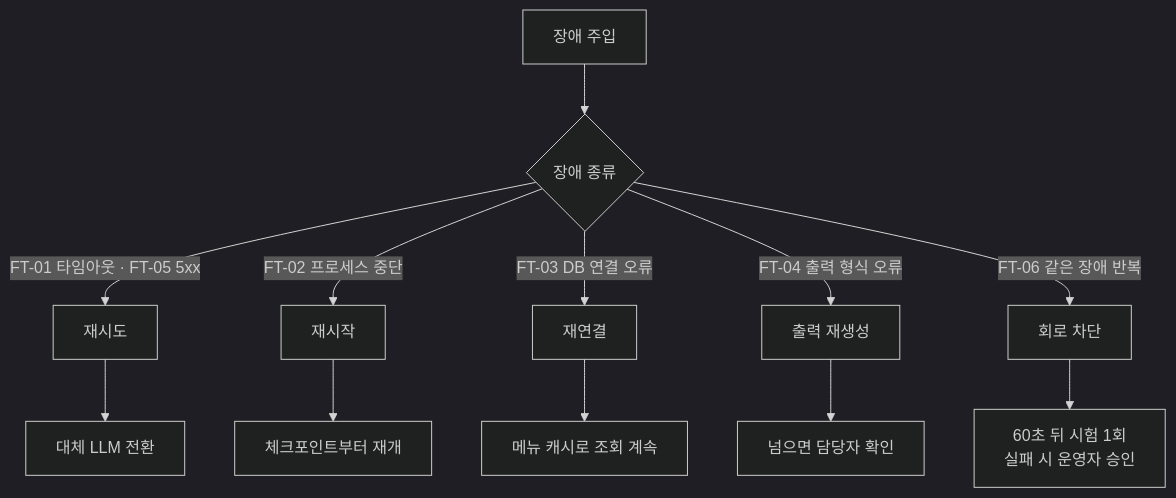
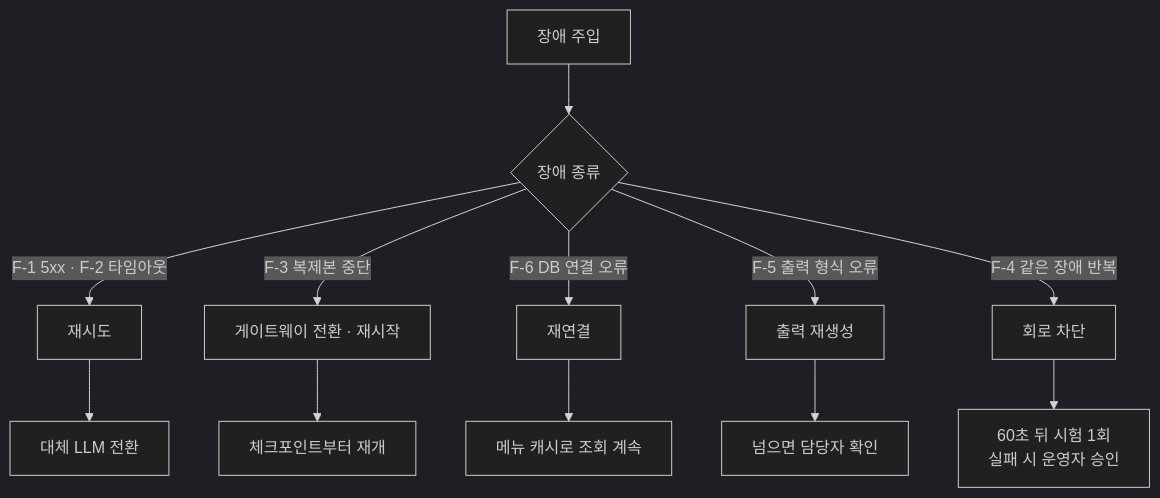
Before and after one commit to 931njhthe-star/moa: the sixth of 8 diagrams in docs/기획서.md, drawn with Mermaid (dark theme). The commit also changed other lines of this file and 1 other file, not shown here.

````diff
--- a/docs/기획서.md
+++ b/docs/기획서.md
@@ -205,9 +240,9 @@
 ```mermaid
 flowchart TD
     I["장애 주입"] --> T{"장애 종류"}
-    T -->|"FT-01 타임아웃 · FT-05 5xx"| R1["재시도"] --> S1["대체 LLM 전환"]
-    T -->|"FT-02 프로세스 중단"| R2["재시작"] --> S2["체크포인트부터 재개"]
-    T -->|"FT-03 DB 연결 오류"| R3["재연결"] --> S3["메뉴 캐시로 조회 계속"]
-    T -->|"FT-04 출력 형식 오류"| R4["출력 재생성"] --> S4["넘으면 담당자 확인"]
-    T -->|"FT-06 같은 장애 반복"| R5["회로 차단"] --> S5["60초 뒤 시험 1회<br/>실패 시 운영자 승인"]
+    T -->|"F-1 5xx · F-2 타임아웃"| R1["재시도"] --> S1["대체 LLM 전환"]
+    T -->|"F-3 복제본 중단"| R2["게이트웨이 전환 · 재시작"] --> S2["체크포인트부터 재개"]
+    T -->|"F-6 DB 연결 오류"| R3["재연결"] --> S3["메뉴 캐시로 조회 계속"]
+    T -->|"F-5 출력 형식 오류"| R4["출력 재생성"] --> S4["넘으면 담당자 확인"]
+    T -->|"F-4 같은 장애 반복"| R5["회로 차단"] --> S5["60초 뒤 시험 1회<br/>실패 시 운영자 승인"]
 ```
````
